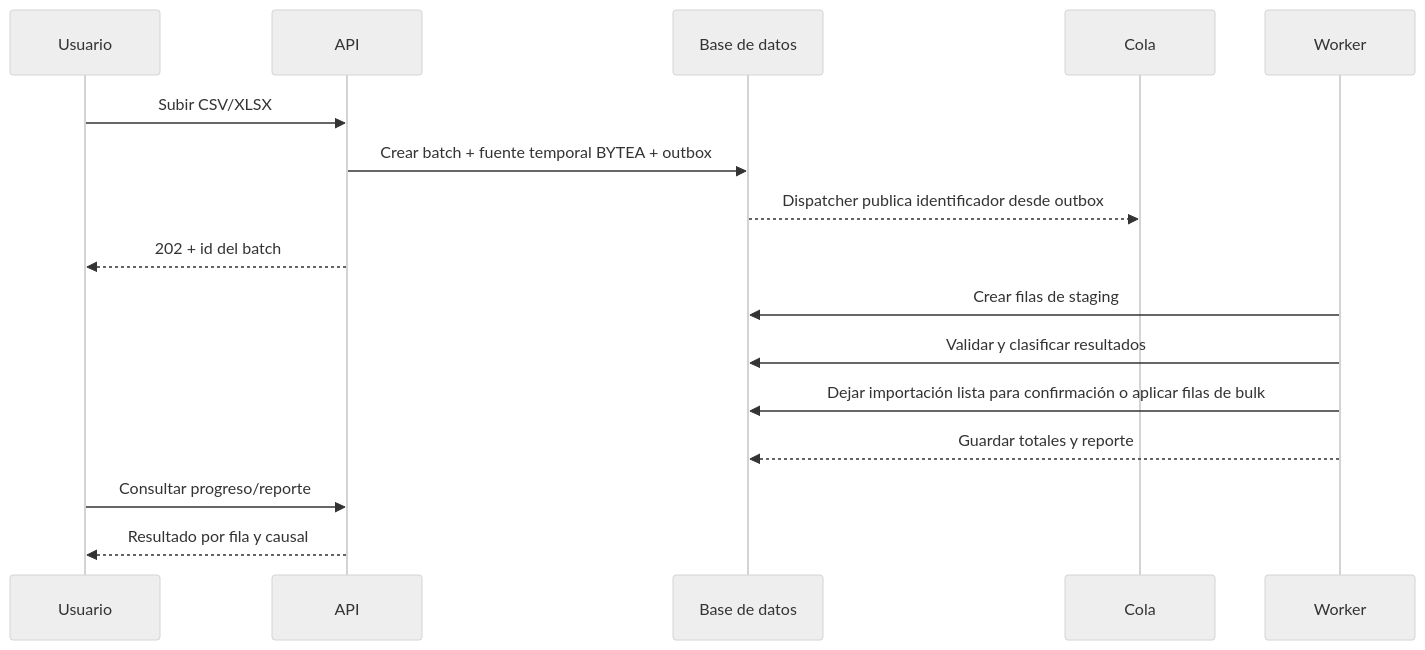
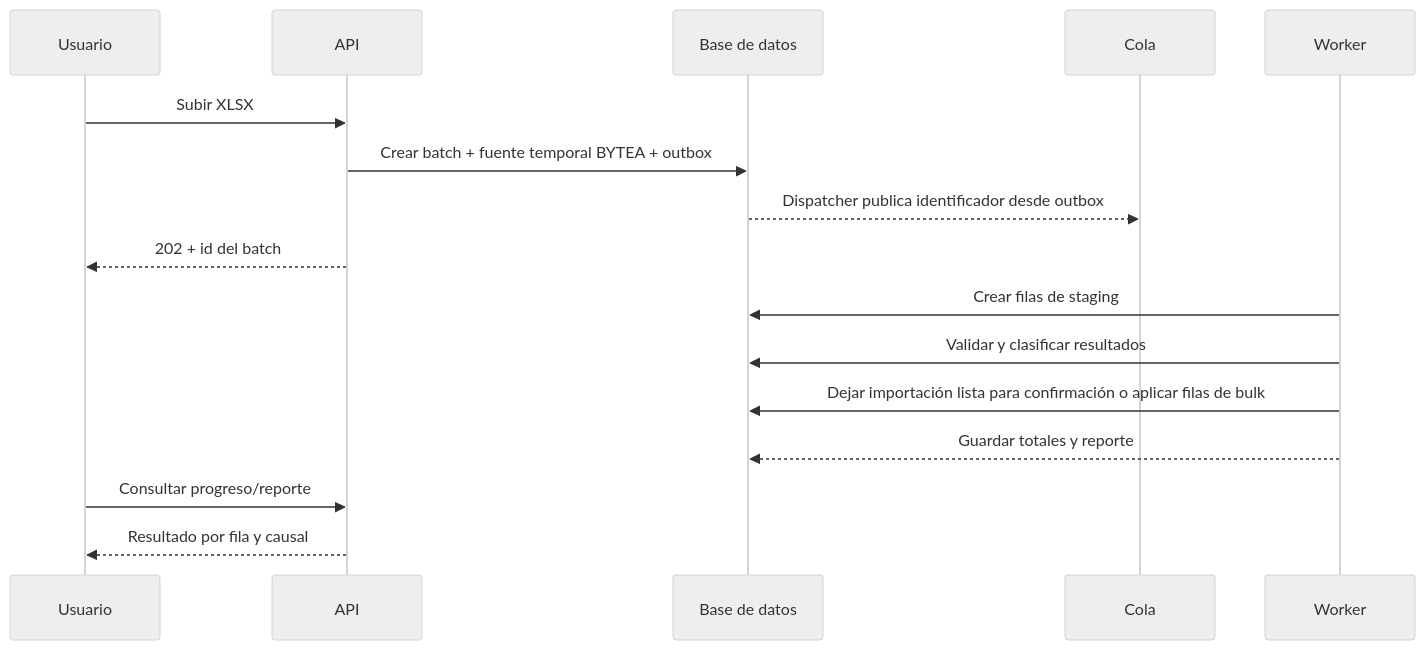
Before and after one commit to andresalvarezb/mtd-olp-medicarte: the third of 4 diagrams in docs/architecture/arquitectura_plataforma_autorizaciones.md, drawn with Mermaid (neutral theme). The commit also changed other lines of this file and 55 other files, not shown here.

````diff
--- a/docs/architecture/arquitectura_plataforma_autorizaciones.md
+++ b/docs/architecture/arquitectura_plataforma_autorizaciones.md
@@ -292,19 +292,19 @@
 ```mermaid
 sequenceDiagram
     participant U as Usuario
     participant A as API
     participant D as Base de datos
     participant Q as Cola
     participant W as Worker
 
-    U->>A: Subir CSV/XLSX
+    U->>A: Subir XLSX
     A->>D: Crear batch + fuente temporal BYTEA + outbox
     D-->>Q: Dispatcher publica identificador desde outbox
     A-->>U: 202 + id del batch
     W->>D: Crear filas de staging
     W->>D: Validar y clasificar resultados
     W->>D: Dejar importación lista para confirmación o aplicar filas de bulk
     W-->>D: Guardar totales y reporte
     U->>A: Consultar progreso/reporte
     A-->>U: Resultado por fila y causal
 ```
````
